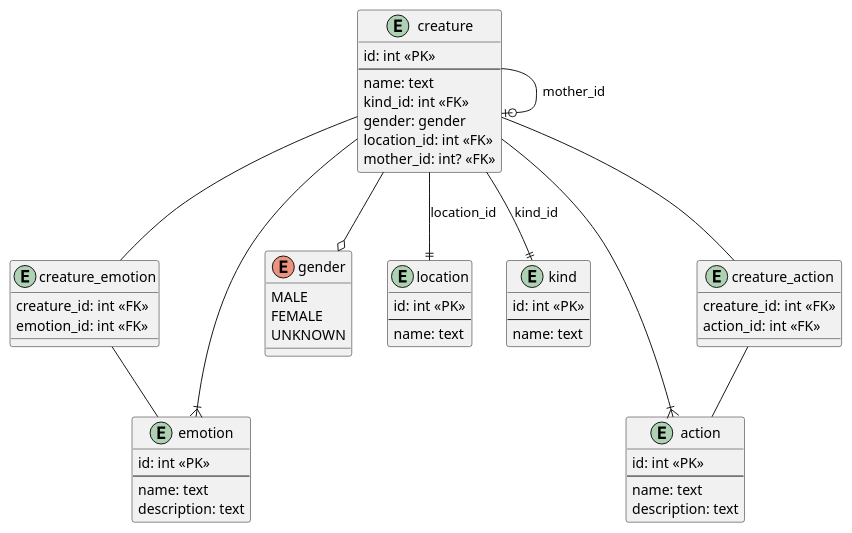
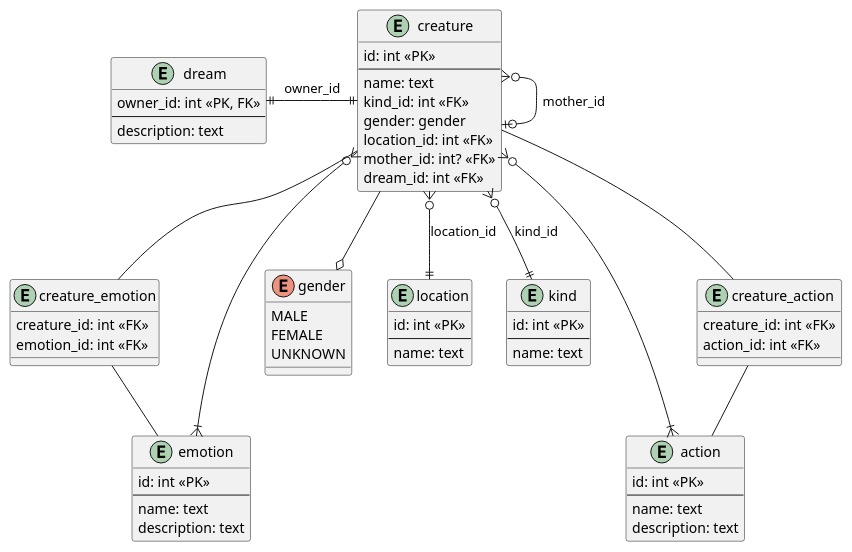
One commit to vityaman-edu/db-labs-basic changed the diagram in doc/lab-1/fig/entity.puml. Above: the diagram before and after it, drawn with PlantUML. The commit also changed 1 other file, not shown here.

Commit message:
[lab][1][doc] added 1:1 relationship 'dream'

```diff
--- a/doc/lab-1/fig/entity.puml
+++ b/doc/lab-1/fig/entity.puml
@@ -1,69 +1,77 @@
 @startuml Lab 1 Entity-Relation Diagram
 
 entity creature {
     id: int <<PK>>
     --
     name: text
     kind_id: int <<FK>>
     gender: gender
     location_id: int <<FK>>
     mother_id: int? <<FK>>
+    dream_id: int <<FK>>
+}
+
+entity dream { 
+    owner_id: int <<PK, FK>>
+    --
+    description: text
 }
 
 entity emotion {
     id: int <<PK>>
     --
     name: text
     description: text
 }
 
 entity action {
     id: int <<PK>>
     --
     name: text
     description: text
 }
 
 enum gender {
     MALE
     FEMALE
     UNKNOWN
 }
 
 entity location {
     id: int <<PK>>
     --
     name: text
 }
 
 entity kind {
     id: int <<PK>>
     --
     name: text
 }
 
 entity creature_emotion {
     creature_id: int <<FK>>
     emotion_id: int <<FK>>
 }
 
 entity creature_action {
     creature_id: int <<FK>>
     action_id: int <<FK>>
 }
 
-creature --||kind : kind_id
-creature --||location : location_id
-creature --o| creature : mother_id
+creature }o-d-||kind : kind_id
+creature }o-d-||location : location_id
+creature }o-d-o| creature : mother_id
+creature ||-l-|| dream : owner_id
 
-creature --|{ emotion
+creature }o-d-|{ emotion
 creature -- creature_emotion
 creature_emotion -- emotion
 
-creature --|{ action
+creature }o-d-|{ action
 creature -- creature_action
 creature_action -- action
 
 creature --o gender
 
 @enduml
```
